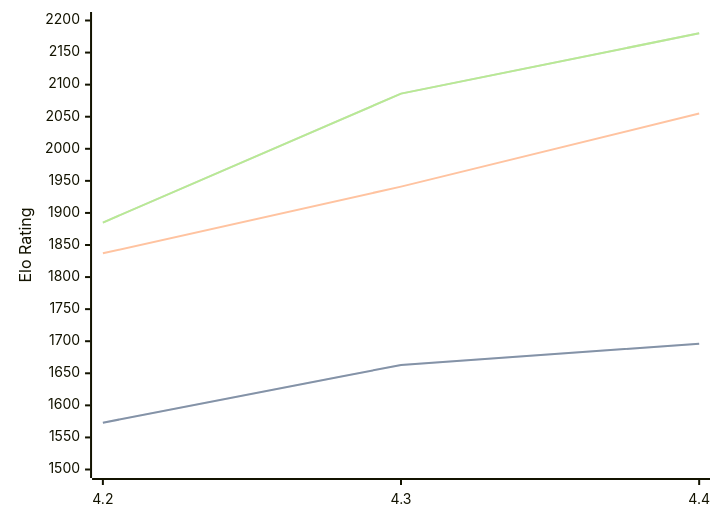
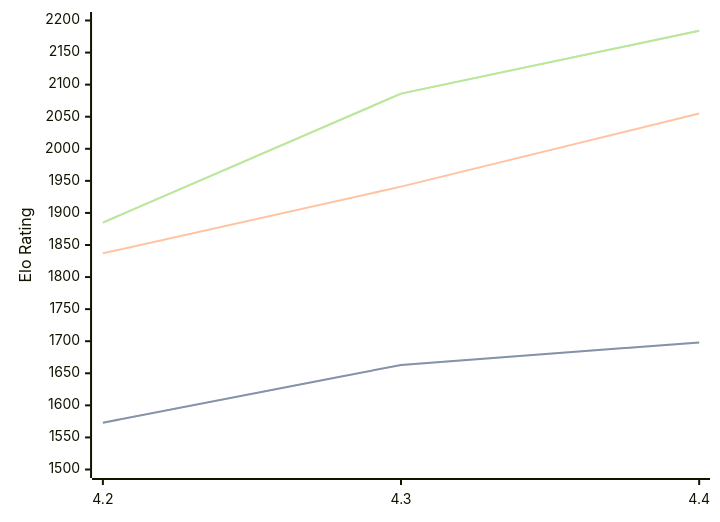
Before and after one commit to computer-chess-index/cci: the diagram in engines/Radiance.md, drawn with Mermaid. The commit also changed other lines of this file, not shown here.

Commit message:
Update CCI Ratings (ELO VLTC) - 2026-07-23

````diff
--- a/engines/Radiance.md
+++ b/engines/Radiance.md
@@ -36,11 +36,11 @@
 ```mermaid
 %%{init: {"theme":"base","themeVariables":{"seriesColors:['#a3a3a3','#222221','#faa371']}}}%%
 xychart-beta
   x-axis ["4.2", "4.3", "4.4"]
   y-axis "Elo Rating" 1500 --> 2200
-  line "STC (8.0+0.08s)" [1573, 1663, 1696]
-  line "STC (8.0+0.08s)" [1573, 1663, 1696]
+  line "STC (8.0+0.08s)" [1573, 1663, 1698]
+  line "STC (8.0+0.08s)" [1573, 1663, 1698]
   line "LTC (60.0+0.60s)" [1837, 1941, 2055]
-  line "VLTC (2m24s+1.12s)" [1885, 2086, 2180]
-  line "VLTC (2m24s+1.12s)" [1885, 2086, 2180]
+  line "VLTC (2m24s+1.12s)" [1885, 2086, 2184]
+  line "VLTC (2m24s+1.12s)" [1885, 2086, 2184]
 ```
````
